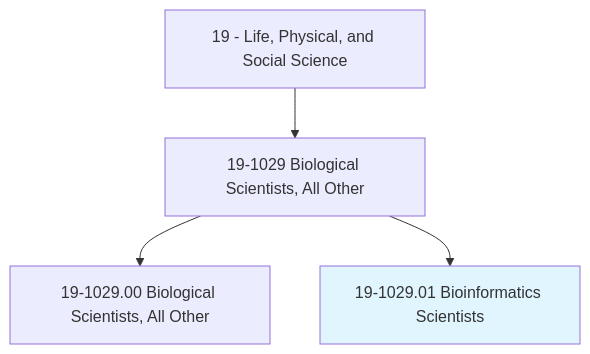
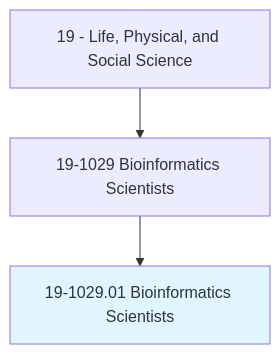
One commit to kziemski/business.org.ai changed the first of 4 diagrams in occupations/Science/BioinformaticsScientists.mdx. Above: the diagram before and after it, drawn with Mermaid. The commit also changed other lines of this file and 938 other files, not shown here.

````diff
--- a/occupations/Science/BioinformaticsScientists.mdx
+++ b/occupations/Science/BioinformaticsScientists.mdx
@@ -19,7 +23,6 @@
 ```mermaid
 graph TD
-    Cat19["19 - Life, Physical, and Social Science"] --> Group191029["19-1029 Biological Scientists, All Other"]
-    Group191029 --> Base["19-1029.00 Biological Scientists, All Other"]
+    Cat19["19 - Life, Physical, and Social Science"] --> Group191029["19-1029 Bioinformatics Scientists"]
     Group191029 --> Current["19-1029.01 Bioinformatics Scientists"]
     style Current fill:#e1f5fe
 ```
````
